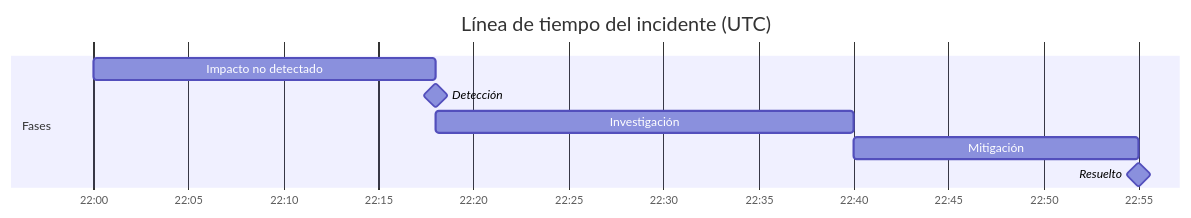
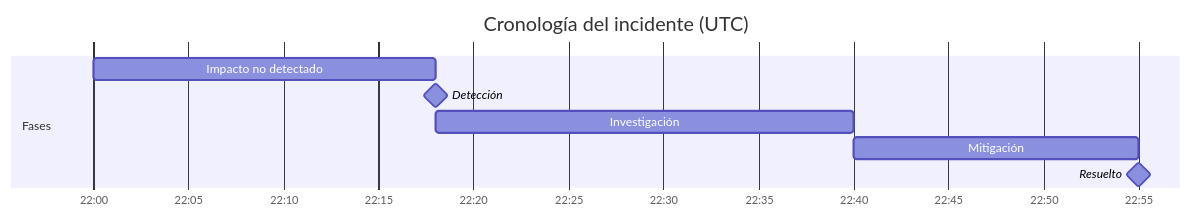
The diagram in mirrors/repos/mohitagw15856@pm-claude-skills/i18n/es/skills/incident-postmortem/SKILL.md (gabrielmoreira/agent-skills-mirror), drawn with Mermaid before and after one commit. The commit also changed other lines of this file and 8114 other files, not shown here.

````diff
--- a/mirrors/repos/mohitagw15856@pm-claude-skills/i18n/es/skills/incident-postmortem/SKILL.md
+++ b/mirrors/repos/mohitagw15856@pm-claude-skills/i18n/es/skills/incident-postmortem/SKILL.md
@@ -87,12 +130,12 @@
 ```mermaid
 gantt
-    title Línea de tiempo del incidente (UTC)
+    title Cronología del incidente (UTC)
     dateFormat HH:mm
     axisFormat %H:%M
     section Fases
         Impacto no detectado   :22:00, 18m
         Detección           :milestone, 22:18, 0m
         Investigación       :22:18, 22m
         Mitigación          :22:40, 15m
         Resuelto            :milestone, 22:55, 0m
 ```
````
